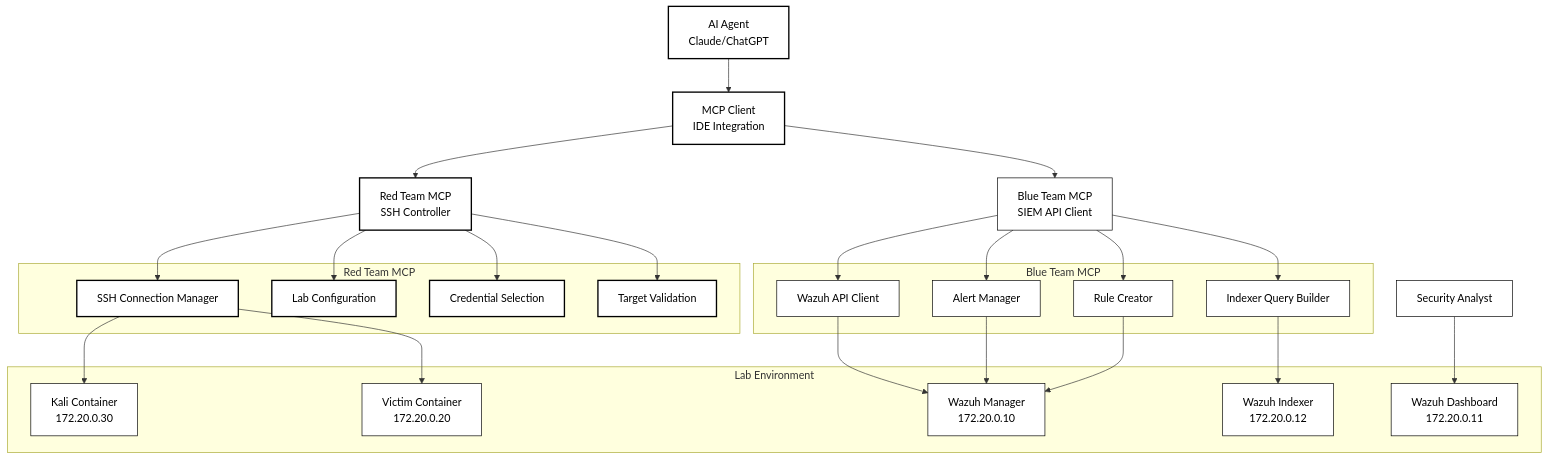
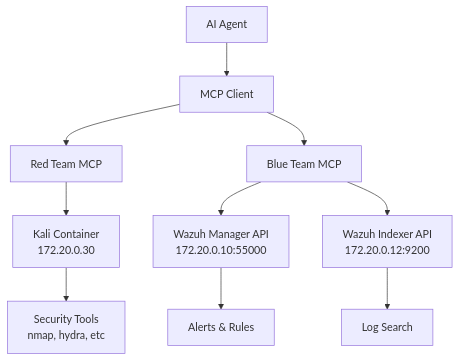
The diagram in docs/components/mcp-integration.md (PaloAltoNetworks/shifter), drawn with Mermaid before and after one commit. The commit also changed other lines of this file and 12 other files, not shown here.

````diff
--- a/docs/components/mcp-integration.md
+++ b/docs/components/mcp-integration.md
@@ -23,60 +7,14 @@
 ```mermaid
 flowchart TD
-    A[AI Agent<br/>Claude/ChatGPT] --> B[MCP Client<br/>IDE Integration]
-    B --> C[Red Team MCP<br/>SSH Controller]
-    B --> D[Blue Team MCP<br/>SIEM API Client]
+    A[AI Agent] --> B[MCP Client]
+    B --> C[Red Team MCP]
+    B --> D[Blue Team MCP]
     
-    subgraph RT ["Red Team MCP"]
-        E[SSH Connection Manager]
-        F[Lab Configuration]  
-        G[Credential Selection]
-        H[Target Validation]
-    end
+    C --> E[Kali Container<br/>172.20.0.30]
+    D --> F[Wazuh Manager API<br/>172.20.0.10:55000]
+    D --> G[Wazuh Indexer API<br/>172.20.0.12:9200]
     
-    subgraph BT ["Blue Team MCP"]
-        I[Wazuh API Client]
-        J[Indexer Query Builder]
-        K[Alert Manager]
-        L[Rule Creator]
-    end
-    
-    C --> E
-    C --> F
-    C --> G
-    C --> H
-    
-    D --> I
-    D --> J
-    D --> K
-    D --> L
-    
-    subgraph LAB ["Lab Environment"]
-        M[Kali Container<br/>172.20.0.30]
-        N[Victim Container<br/>172.20.0.20]
-        O[Wazuh Manager<br/>172.20.0.10]
-        Q[Wazuh Indexer<br/>172.20.0.12]
-        P[Wazuh Dashboard<br/>172.20.0.11]
-    end
-    
-    E --> M
-    E --> N
-    
-    I --> O
-    J --> Q
-    K --> O
-    L --> O
-    
-    R[Security Analyst] --> P
-    
-    classDef ai fill:#ffffff,stroke:#000000,stroke-width:2px,color:#000000
-    classDef redmcp fill:#ffffff,stroke:#000000,stroke-width:2px,color:#000000
-    classDef bluemcp fill:#ffffff,stroke:#000000,stroke-width:1px,color:#000000
-    classDef lab fill:#ffffff,stroke:#000000,stroke-width:1px,color:#000000
-    classDef analyst fill:#ffffff,stroke:#000000,stroke-width:1px,color:#000000
-    
-    class A,B ai
-    class C,E,F,G,H redmcp
-    class D,I,J,K,L bluemcp
-    class M,N,O,P,Q lab
-    class R analyst
+    E --> H[Security Tools<br/>nmap, hydra, etc]
+    F --> I[Alerts & Rules]
+    G --> J[Log Search]
 ```
````
